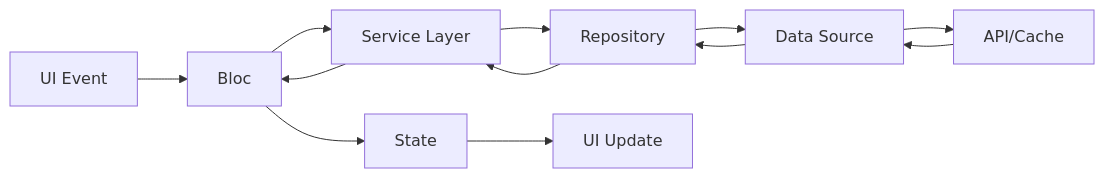
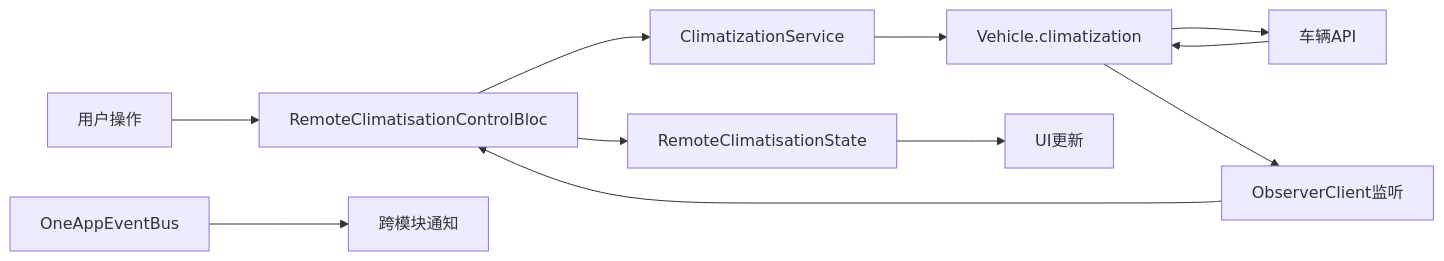
Before and after one commit to aichiko0225/oneapp_docs: diagram 18 of 19 in OneApp架构设计文档.md, drawn with Mermaid. The commit also changed other lines of this file and 2 other files, not shown here.

````diff
--- a/OneApp架构设计文档.md
+++ b/OneApp架构设计文档.md
@@ -1993,15 +3250,15 @@
 ```mermaid
 graph LR
-    A[UI Event] --> B[Bloc]
-    B --> C[Service Layer]
-    C --> D[Repository]
-    D --> E[Data Source]
-    E --> F[API/Cache]
+    A[用户操作] --> B[RemoteClimatisationControlBloc]
+    B --> C[ClimatizationService]
+    C --> D[Vehicle.climatization]
+    D --> E[车辆API]
     
-    F --> E
     E --> D
-    D --> C
-    C --> B
-    B --> G[State]
-    G --> H[UI Update]
+    D --> F[ObserverClient监听]
+    F --> B
+    B --> G[RemoteClimatisationState]
+    G --> H[UI更新]
+    
+    I[OneAppEventBus] --> J[跨模块通知]
 ```
````
